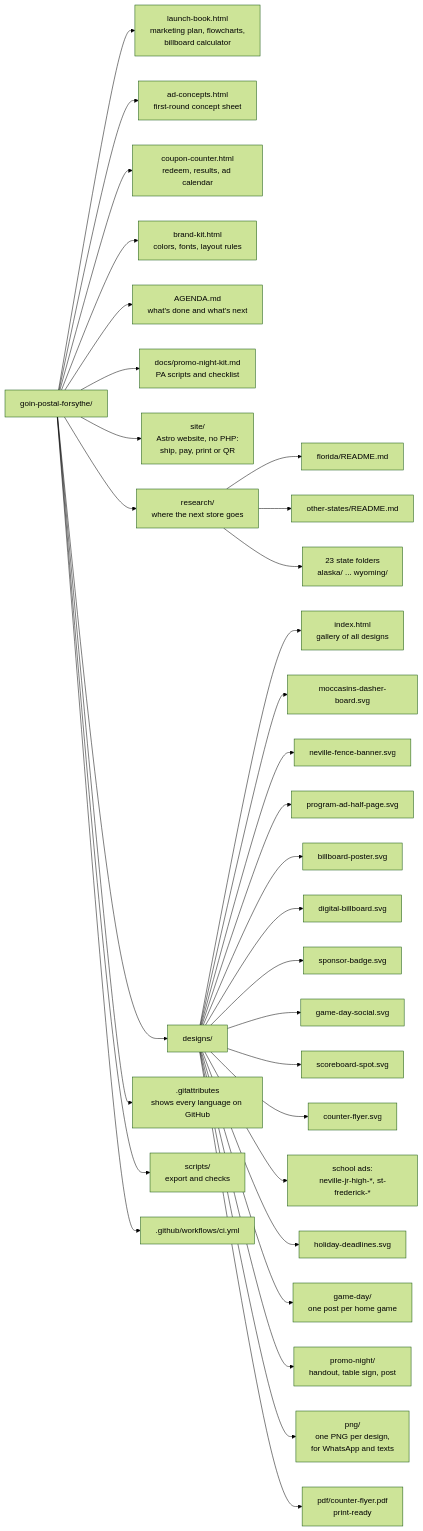
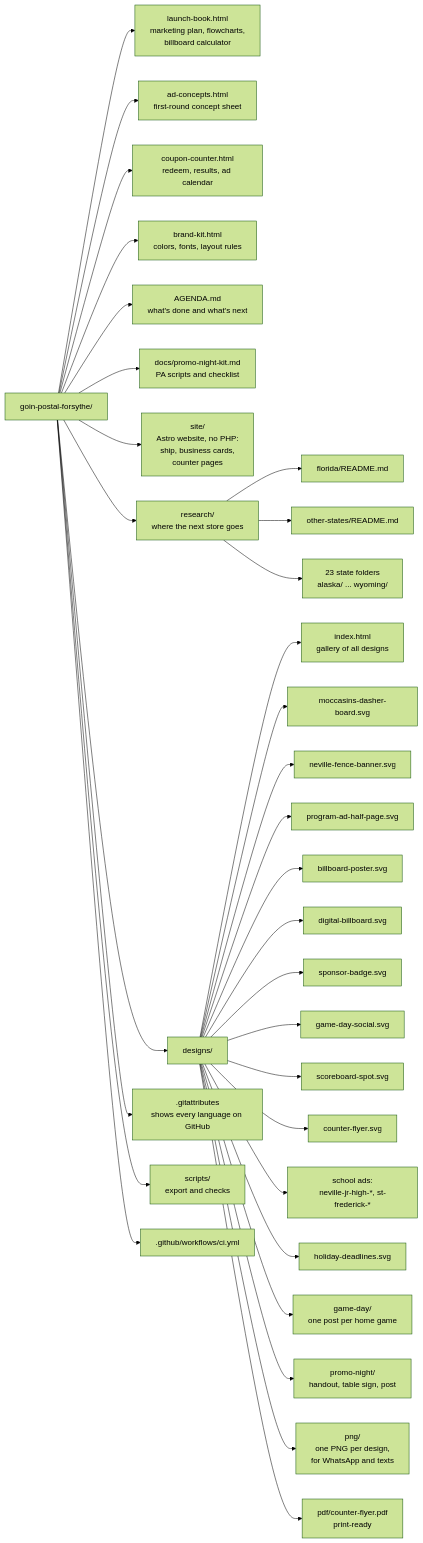
Diagram 12 of 26 in README.md (wbp318/goin-postal-forsythe), drawn with Mermaid (forest theme) before and after one commit. The commit also changed other lines of this file and 15 other files, not shown here.

Commit message:
Site: business cards are paid on Stripe at creation, no pay at pickup

````diff
--- a/README.md
+++ b/README.md
@@ -722,34 +741,34 @@
 ```mermaid
 flowchart LR
   R["goin-postal-forsythe/"] --> A["launch-book.html<br/>marketing plan, flowcharts,<br/>billboard calculator"]
   R --> B["ad-concepts.html<br/>first-round concept sheet"]
   R --> CC["coupon-counter.html<br/>redeem, results, ad calendar"]
   R --> BK["brand-kit.html<br/>colors, fonts, layout rules"]
   R --> AG["AGENDA.md<br/>what's done and what's next"]
   R --> DOC["docs/promo-night-kit.md<br/>PA scripts and checklist"]
-  R --> ST["site/<br/>Astro website, no PHP:<br/>ship, pay, print or QR"]
+  R --> ST["site/<br/>Astro website, no PHP:<br/>ship, business cards,<br/>counter pages"]
   R --> RS["research/<br/>where the next store goes"]
   RS --> RS1["florida/README.md"]
   RS --> RS2["other-states/README.md"]
   RS --> RS3["23 state folders<br/>alaska/ ... wyoming/"]
   R --> D["designs/"]
   R --> G[".gitattributes<br/>shows every language on GitHub"]
   D --> D0["index.html<br/>gallery of all designs"]
   D --> D1["moccasins-dasher-board.svg"]
   D --> D2["neville-fence-banner.svg"]
   D --> D3["program-ad-half-page.svg"]
   D --> D4["billboard-poster.svg"]
   D --> D5["digital-billboard.svg"]
   D --> D6["sponsor-badge.svg"]
   D --> D7["game-day-social.svg"]
   D --> D8["scoreboard-spot.svg"]
   D --> D9["counter-flyer.svg"]
   D --> D10["school ads:<br/>neville-jr-high-*, st-frederick-*"]
   D --> D11["holiday-deadlines.svg"]
   D --> GD["game-day/<br/>one post per home game"]
   D --> PN["promo-night/<br/>handout, table sign, post"]
   D --> P["png/<br/>one PNG per design,<br/>for WhatsApp and texts"]
   D --> F["pdf/counter-flyer.pdf<br/>print-ready"]
   R --> S["scripts/<br/>export and checks"]
   R --> W[".github/workflows/ci.yml"]
 ```
````
